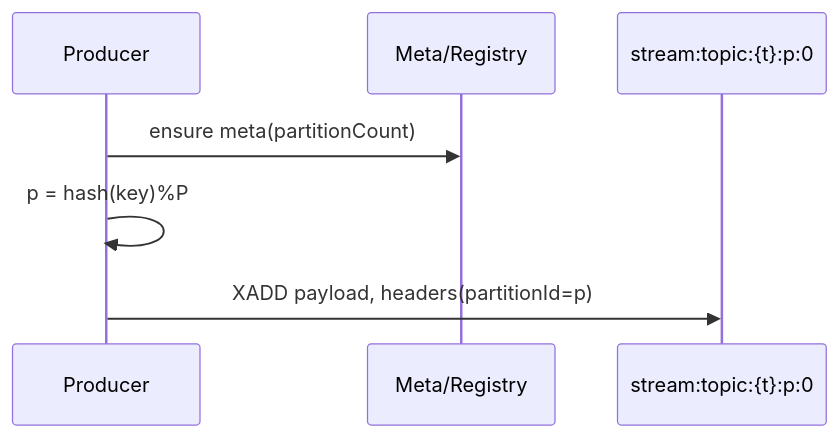
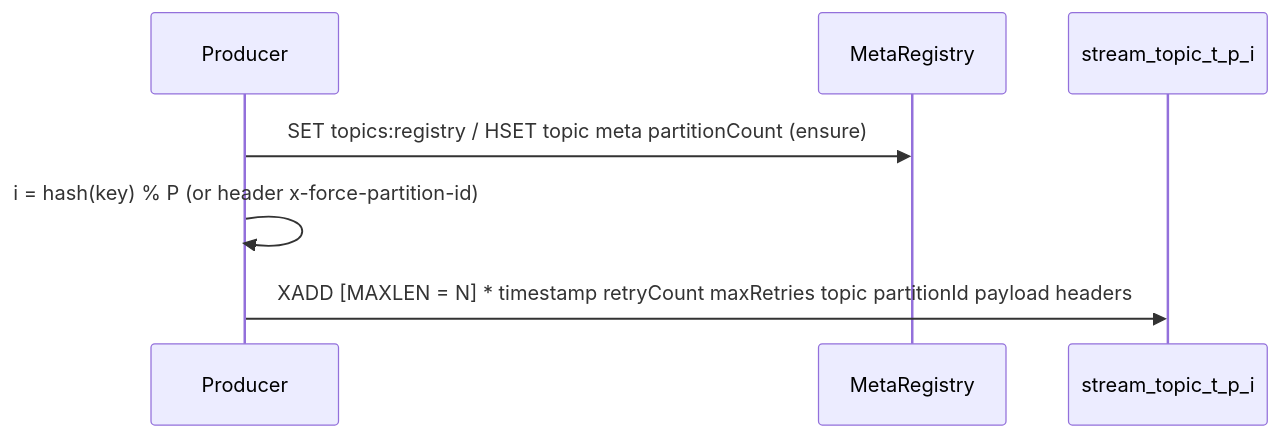
Before and after one commit to cuihairu/redis-streaming: the second of 4 diagrams in docs/en/MQ-Design-en.md, drawn with Mermaid. The commit also changed other lines of this file and 4 other files, not shown here.

````diff
--- a/docs/en/MQ-Design-en.md
+++ b/docs/en/MQ-Design-en.md
@@ -94,9 +144,9 @@
 ```mermaid
 sequenceDiagram
   participant P as Producer
-  participant M as Meta/Registry
-  participant R0 as stream:topic:{t}:p:0
-  P->>M: ensure meta(partitionCount)
-  P->>P: p = hash(key)%P
-  P->>R0: XADD payload, headers(partitionId=p)
+  participant M as MetaRegistry
+  participant S as stream_topic_t_p_i
+  P->>M: SET topics:registry / HSET topic meta partitionCount (ensure)
+  P->>P: i = hash(key) % P (or header x-force-partition-id)
+  P->>S: XADD [MAXLEN = N] * timestamp retryCount maxRetries topic partitionId payload headers
 ```
````
